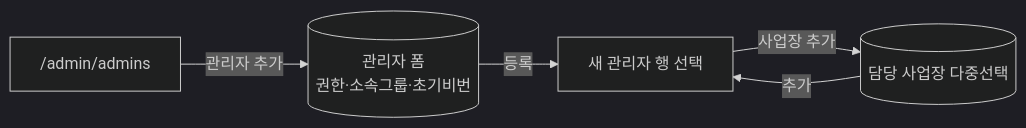
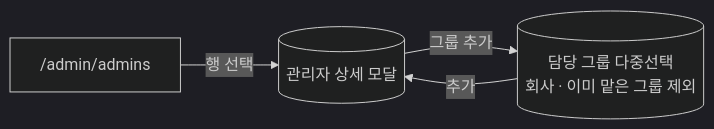
Diagram 12 of 15 in docs/flow.md (S-Tec-System-R-D/s-patrol_fe), drawn with Mermaid before and after one commit. The commit also changed other lines of this file and 3 other files, not shown here.

Commit message:
docs : spec 045 — 문서 동기화(screens · flow · data-model · roadmap) · DoD 15/15 · 이월 · Phase 5 조건부 종료 (T836~T839)

````diff
--- a/docs/flow.md
+++ b/docs/flow.md
@@ -334,8 +336,7 @@
 ```mermaid
 %%{init: {'theme':'dark'}}%%
 flowchart LR
-    A["/admin/admins"] -- "관리자 추가" --> B[(관리자 폼<br/>권한·소속그룹·초기비번)]
-    B -- 등록 --> C[새 관리자 행 선택]
-    C -- "사업장 추가" --> D[(담당 사업장 다중선택)]
+    A["/admin/admins"] -- 행 선택 --> C[(관리자 상세 모달)]
+    C -- "그룹 추가" --> D[(담당 그룹 다중선택<br/>회사 · 이미 맡은 그룹 제외)]
     D -- 추가 --> C
 ```
````
